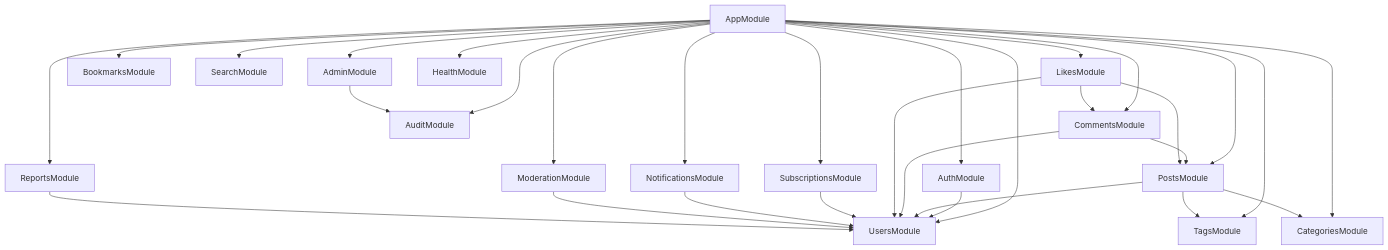
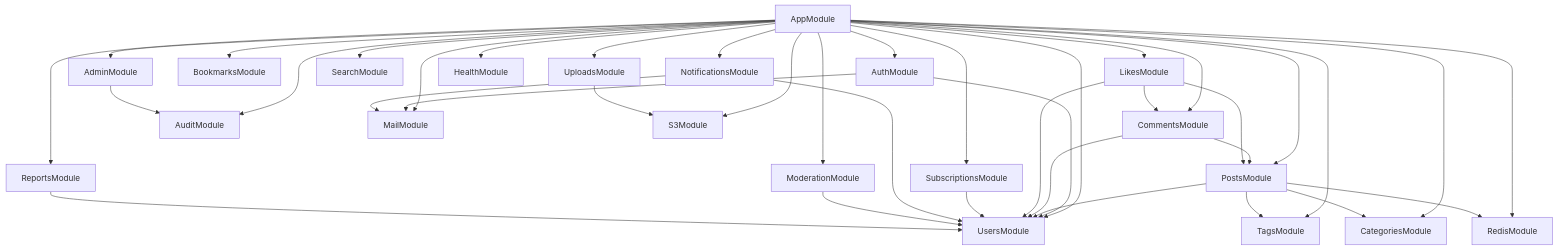
One commit to manjunath-1244/inkstream-backend changed the diagram in ARCHITECTURE.md. Above: the diagram before and after it, drawn with Mermaid. The commit also changed other lines of this file and 52 other files, not shown here.

````diff
--- a/ARCHITECTURE.md
+++ b/ARCHITECTURE.md
@@ -9,34 +9,42 @@
 ```mermaid
 graph TD
     AppModule --> AuthModule
     AppModule --> UsersModule
     AppModule --> PostsModule
     AppModule --> CommentsModule
     AppModule --> LikesModule
     AppModule --> TagsModule
     AppModule --> CategoriesModule
     AppModule --> BookmarksModule
     AppModule --> SubscriptionsModule
     AppModule --> NotificationsModule
     AppModule --> SearchModule
     AppModule --> AuditModule
     AppModule --> AdminModule
     AppModule --> ModerationModule
     AppModule --> ReportsModule
     AppModule --> HealthModule
+    AppModule --> MailModule
+    AppModule --> S3Module
+    AppModule --> UploadsModule
+    AppModule --> RedisModule
 
     AuthModule --> UsersModule
+    AuthModule --> MailModule
     PostsModule --> UsersModule
     PostsModule --> CategoriesModule
     PostsModule --> TagsModule
+    PostsModule --> RedisModule
     CommentsModule --> UsersModule
     CommentsModule --> PostsModule
     LikesModule --> UsersModule
     LikesModule --> PostsModule
     LikesModule --> CommentsModule
     SubscriptionsModule --> UsersModule
     NotificationsModule --> UsersModule
+    NotificationsModule --> MailModule
     AdminModule --> AuditModule
     ModerationModule --> UsersModule
     ReportsModule --> UsersModule
+    UploadsModule --> S3Module
 ```
````
